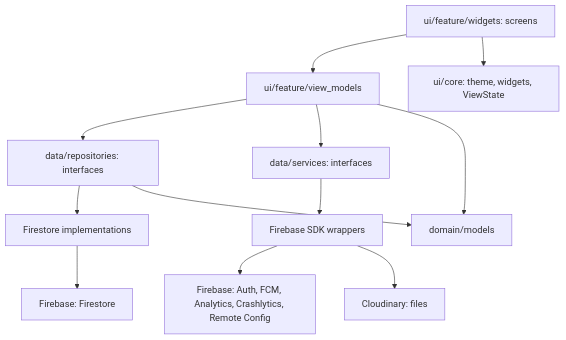
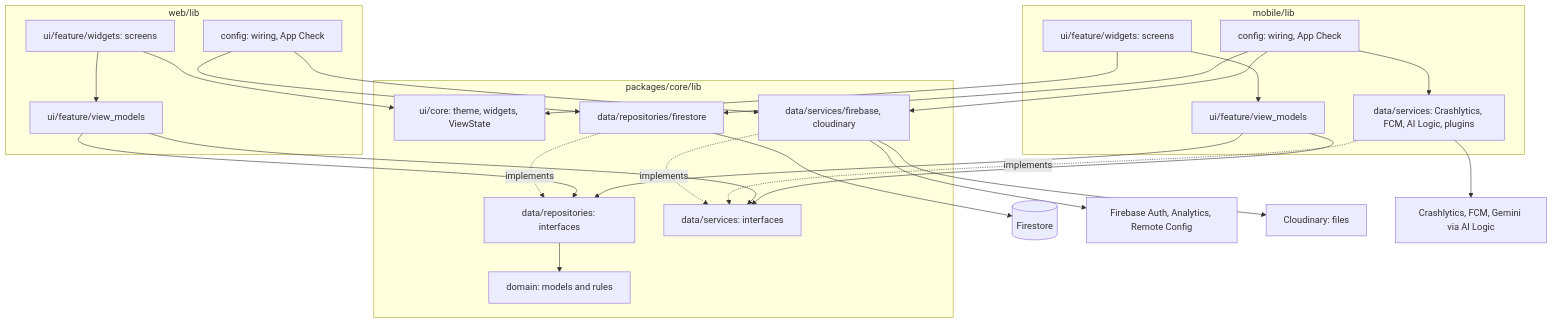
Before and after one commit to baonv0817/PRM393_Lab03_Group2: the first of 2 diagrams in docs/architecture.md, drawn with Mermaid. The commit also changed other lines of this file and 5 other files, not shown here.

First line of the commit message:
[G09][G10] Architecture and design docs match the monorepo and the final system

````diff
--- a/docs/architecture.md
+++ b/docs/architecture.md
@@ -60,14 +108,39 @@
 ```mermaid
 graph TD
-    V[ui/feature/widgets: screens] --> VM[ui/feature/view_models]
-    V --> CORE[ui/core: theme, widgets, ViewState]
-    VM --> R[data/repositories: interfaces]
-    VM --> S[data/services: interfaces]
-    R --> RI[Firestore implementations]
-    S --> SI[Firebase SDK wrappers]
-    RI --> FB[Firebase: Firestore]
-    SI --> FB2[Firebase: Auth, FCM, Analytics, Crashlytics, Remote Config]
+    subgraph mobile [mobile/lib]
+      MV[ui/feature/widgets: screens] --> MVM[ui/feature/view_models]
+      MCFG[config: wiring, App Check]
+      MDATA[data/services: Crashlytics, FCM, AI Logic, plugins]
+    end
+    subgraph web [web/lib]
+      WV[ui/feature/widgets: screens] --> WVM[ui/feature/view_models]
+      WCFG[config: wiring, App Check]
+    end
+    subgraph core [packages/core/lib]
+      UICORE[ui/core: theme, widgets, ViewState]
+      R[data/repositories: interfaces]
+      S[data/services: interfaces]
+      RI[data/repositories/firestore]
+      SI[data/services/firebase, cloudinary]
+      M[domain: models and rules]
+    end
+    MV --> UICORE
+    WV --> UICORE
+    MVM --> R
+    MVM --> S
+    WVM --> R
+    WVM --> S
+    MCFG --> RI
+    MCFG --> SI
+    MCFG --> MDATA
+    WCFG --> RI
+    WCFG --> SI
+    MDATA -.implements.-> S
+    RI -.implements.-> R
+    SI -.implements.-> S
+    R --> M
+    RI --> FS[(Firestore)]
+    SI --> FB[Firebase Auth, Analytics, Remote Config]
     SI --> CL[Cloudinary: files]
-    VM --> M[domain/models]
-    R --> M
+    MDATA --> FB2[Crashlytics, FCM, Gemini via AI Logic]
 ```
````
